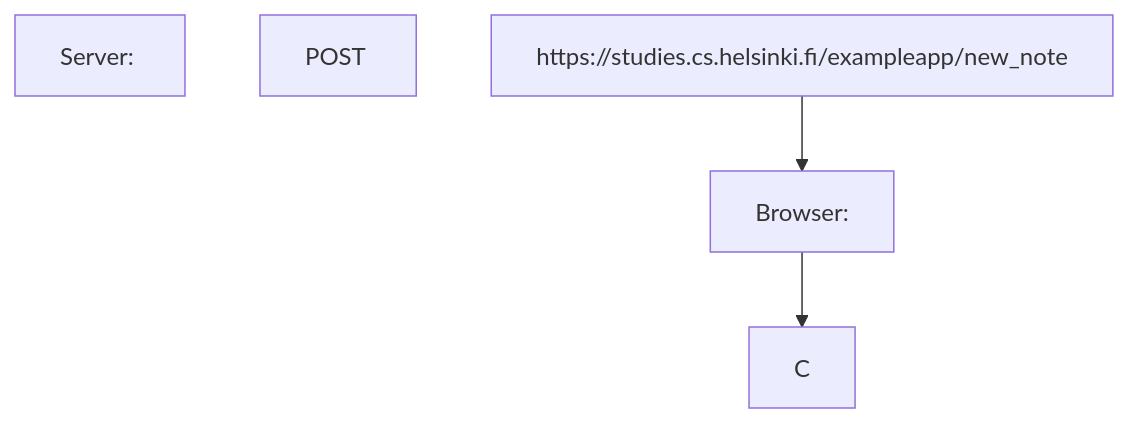
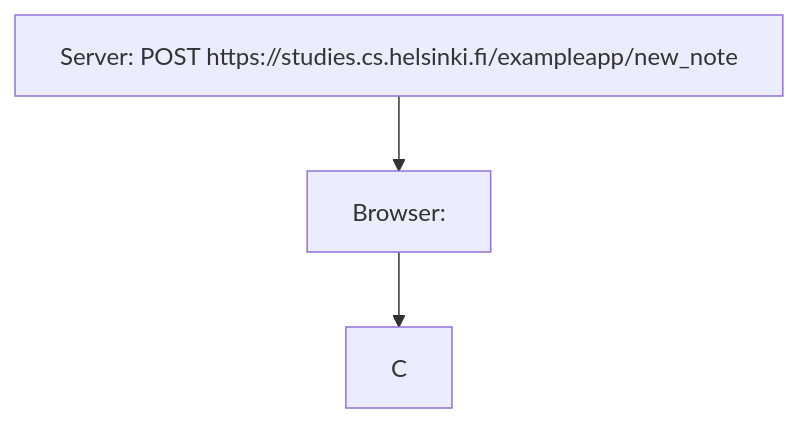
Before and after one commit to vheikkiniemi/FSO2024: the diagram in part0/New_note_diagram.md, drawn with Mermaid.

````diff
--- a/part0/New_note_diagram.md
+++ b/part0/New_note_diagram.md
@@ -52,5 +52,5 @@
 ```mermaid
 graph TD;
-    Server:&nbsp;POST&nbsp;https://studies.cs.helsinki.fi/exampleapp/new_note --> Browser:;
+    Server:&nbspPOST&nbsphttps://studies.cs.helsinki.fi/exampleapp/new_note --> Browser:;
     Browser: --> C;
 ```
````
